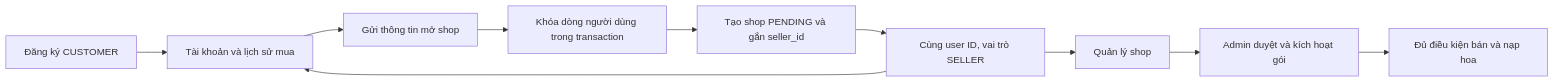
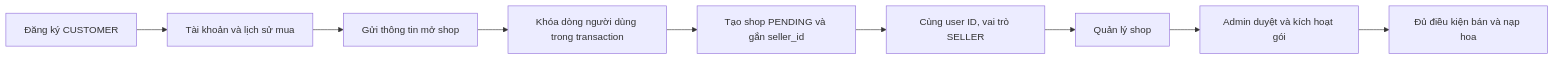
One commit to Fall26-SEP490/FloraBot_BE changed the first of 2 diagrams in docs/account-roles.md. Above: the diagram before and after it, drawn with Mermaid. The commit also changed other lines of this file and 7 other files, not shown here.

````diff
--- a/docs/account-roles.md
+++ b/docs/account-roles.md
@@ -24,12 +24,11 @@
 ```mermaid
 flowchart LR
   A[Đăng ký CUSTOMER] --> B[Tài khoản và lịch sử mua]
   B --> C[Gửi thông tin mở shop]
   C --> D[Khóa dòng người dùng trong transaction]
   D --> E[Tạo shop PENDING và gắn seller_id]
   E --> F[Cùng user ID, vai trò SELLER]
-  F --> B
   F --> G[Quản lý shop]
   G --> H[Admin duyệt và kích hoạt gói]
   H --> I[Đủ điều kiện bán và nạp hoa]
 ```
````
